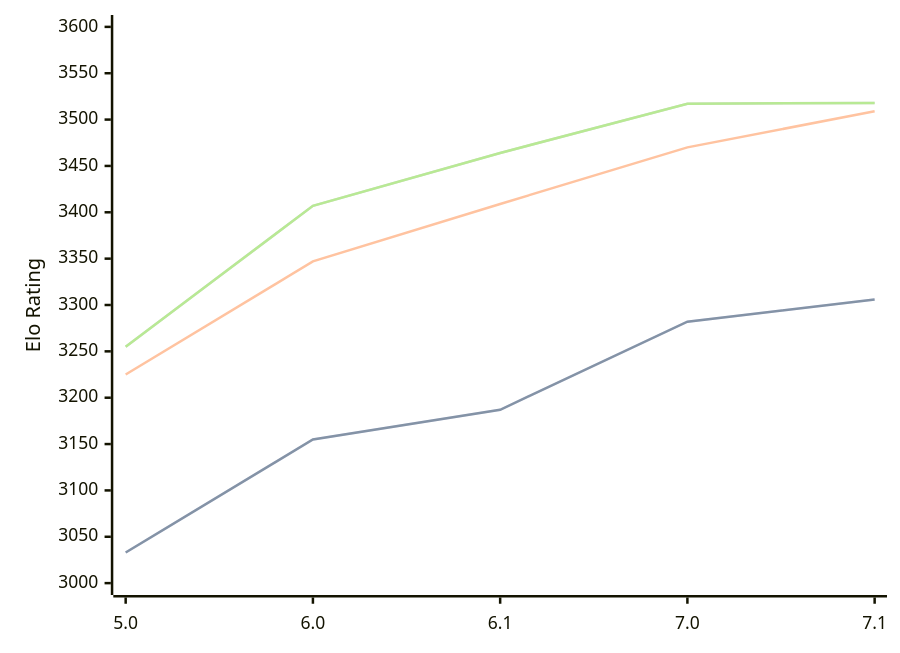
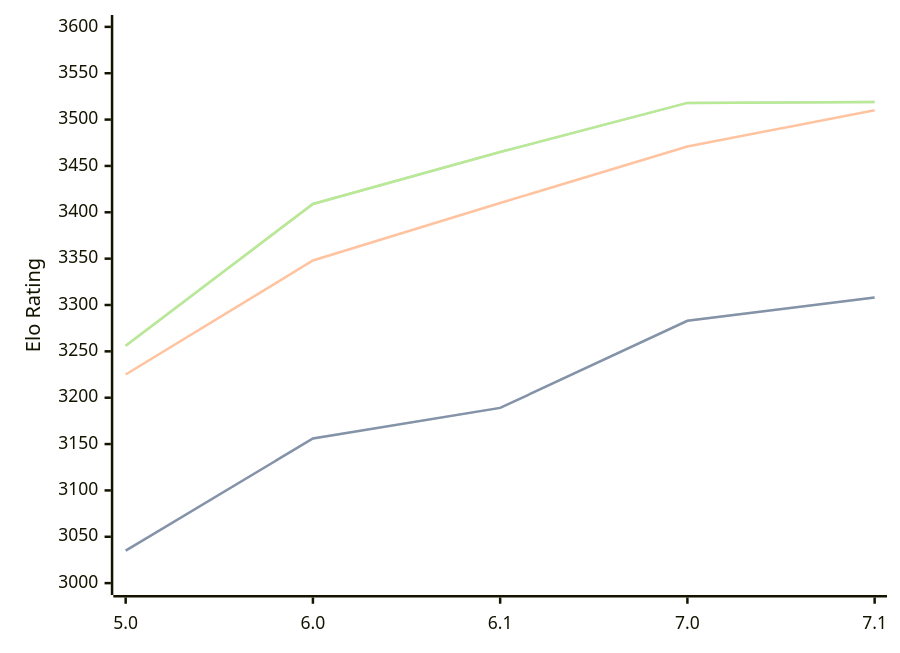
Before and after one commit to computer-chess-index/cci: the diagram in engines/PZChessBot.md, drawn with Mermaid. The commit also changed other lines of this file, not shown here.

Commit message:
Update CCI Ratings (ELO VLTC) - 2026-07-23

````diff
--- a/engines/PZChessBot.md
+++ b/engines/PZChessBot.md
@@ -44,11 +44,11 @@
 ```mermaid
 %%{init: {"theme":"base","themeVariables":{"seriesColors:['#a3a3a3','#222221','#faa371']}}}%%
 xychart-beta
   x-axis ["5.0", "6.0", "6.1", "7.0", "7.1"]
   y-axis "Elo Rating" 3000 --> 3600
-  line "STC (8.0+0.08s)" [3033, 3155, 3187, 3282, 3306]
-  line "STC (8.0+0.08s)" [3033, 3155, 3187, 3282, 3306]
-  line "LTC (60.0+0.60s)" [3225, 3347, 3409, 3470, 3509]
-  line "VLTC (2m24s+1.12s)" [3255, 3407, 3464, 3517, 3518]
-  line "VLTC (2m24s+1.12s)" [3255, 3407, 3464, 3517, 3518]
+  line "STC (8.0+0.08s)" [3035, 3156, 3189, 3283, 3308]
+  line "STC (8.0+0.08s)" [3035, 3156, 3189, 3283, 3308]
+  line "LTC (60.0+0.60s)" [3225, 3348, 3410, 3471, 3510]
+  line "VLTC (2m24s+1.12s)" [3256, 3409, 3465, 3518, 3519]
+  line "VLTC (2m24s+1.12s)" [3256, 3409, 3465, 3518, 3519]
 ```
````
